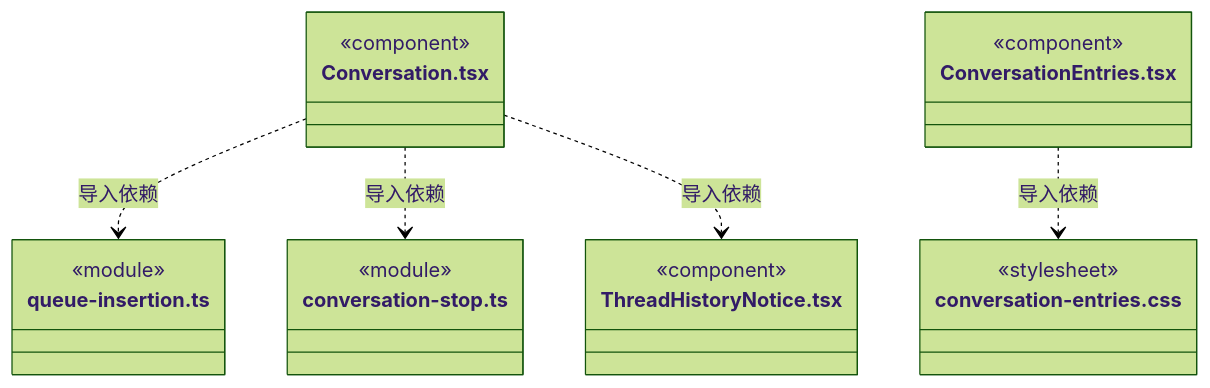
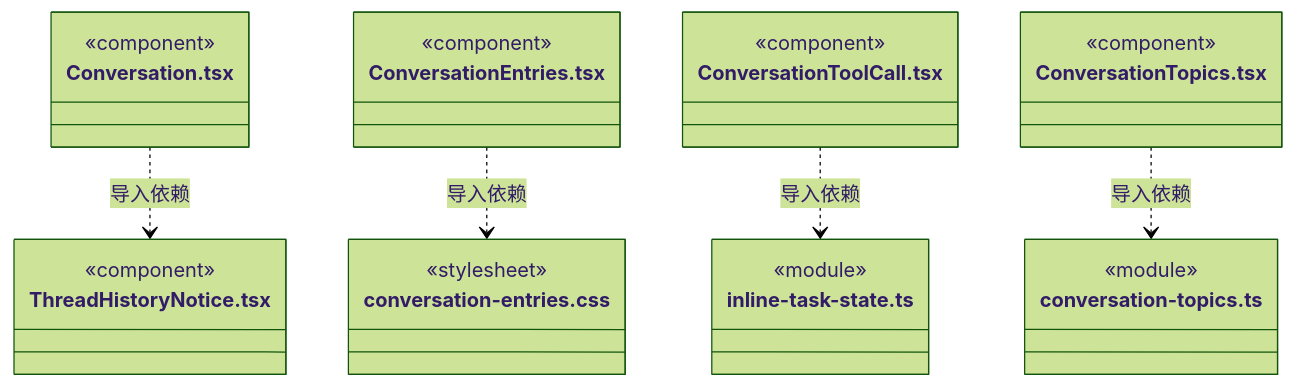
Diagram 41 of 46 in src/view/conversation/ARCHITECTURE.md (nan023062/cbim), drawn with Mermaid (forest theme) before and after one commit. The commit also changed other lines of this file and 12 other files, not shown here.

Commit message:
feat: group main conversation records into task topics

````diff
--- a/src/view/conversation/ARCHITECTURE.md
+++ b/src/view/conversation/ARCHITECTURE.md
@@ -537,25 +611,31 @@
 ```mermaid
 classDiagram
 class N_src_view_conversation_Conversation_tsx["Conversation.tsx"] {
   <<component>>
-}
-class N_src_view_conversation_queue_insertion_ts["queue-insertion.ts"] {
-  <<module>>
-}
-class N_src_view_conversation_conversation_stop_ts["conversation-stop.ts"] {
-  <<module>>
 }
 class N_src_view_conversation_ThreadHistoryNotice_tsx["ThreadHistoryNotice.tsx"] {
   <<component>>
 }
 class N_src_view_conversation_ConversationEntries_tsx["ConversationEntries.tsx"] {
   <<component>>
 }
 class N_src_view_conversation_conversation_entries_css["conversation-entries.css"] {
   <<stylesheet>>
 }
-N_src_view_conversation_Conversation_tsx ..> N_src_view_conversation_queue_insertion_ts : 导入依赖
-N_src_view_conversation_Conversation_tsx ..> N_src_view_conversation_conversation_stop_ts : 导入依赖
+class N_src_view_conversation_ConversationToolCall_tsx["ConversationToolCall.tsx"] {
+  <<component>>
+}
+class N_src_view_conversation_inline_task_state_ts["inline-task-state.ts"] {
+  <<module>>
+}
+class N_src_view_conversation_ConversationTopics_tsx["ConversationTopics.tsx"] {
+  <<component>>
+}
+class N_src_view_conversation_conversation_topics_ts["conversation-topics.ts"] {
+  <<module>>
+}
 N_src_view_conversation_Conversation_tsx ..> N_src_view_conversation_ThreadHistoryNotice_tsx : 导入依赖
 N_src_view_conversation_ConversationEntries_tsx ..> N_src_view_conversation_conversation_entries_css : 导入依赖
+N_src_view_conversation_ConversationToolCall_tsx ..> N_src_view_conversation_inline_task_state_ts : 导入依赖
+N_src_view_conversation_ConversationTopics_tsx ..> N_src_view_conversation_conversation_topics_ts : 导入依赖
 ```
````
